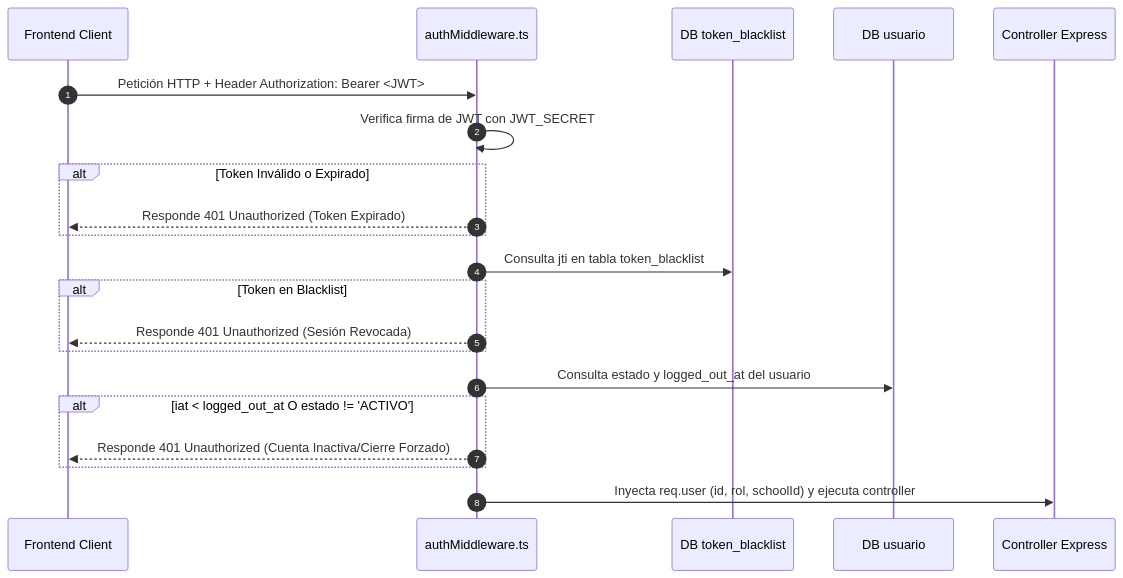
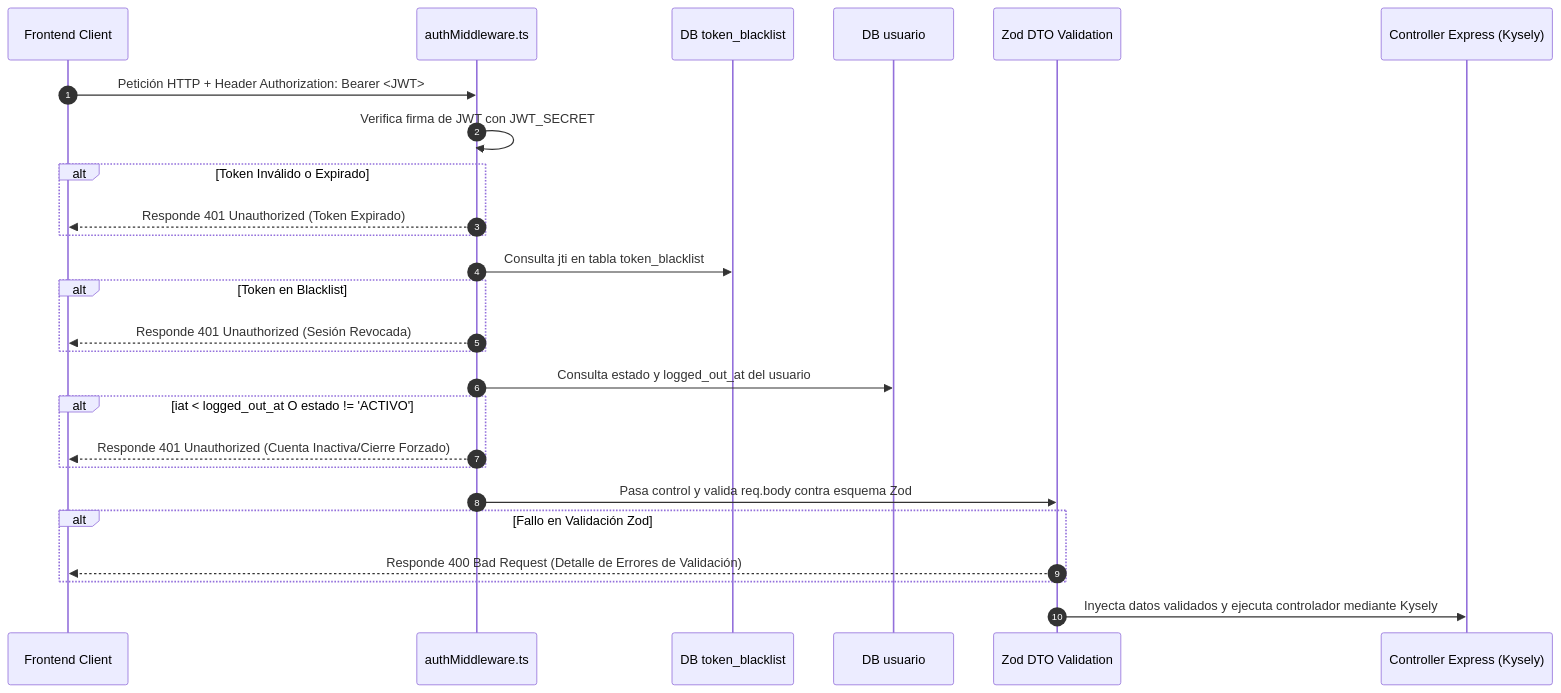
Before and after one commit to DanExl24/AcademiaNeiva: the second of 2 diagrams in guides/AcademiaNeiva_Documento_Tecnico.md, drawn with Mermaid. The commit also changed other lines of this file, not shown here.

Commit message:
docs: actualizar Documento Tecnico a v2.5.0 con Kysely, Zod, ADR-010/011 y arquitectura de 21 modulos

````diff
--- a/guides/AcademiaNeiva_Documento_Tecnico.md
+++ b/guides/AcademiaNeiva_Documento_Tecnico.md
@@ -273,28 +298,34 @@
 ```mermaid
 sequenceDiagram
     autonumber
     participant Cliente as Frontend Client
     participant Middleware as authMiddleware.ts
     participant Blacklist as DB token_blacklist
     participant UserDB as DB usuario
-    participant Controller as Controller Express
+    participant Zod as Zod DTO Validation
+    participant Controller as Controller Express (Kysely)
 
     Cliente->>Middleware: Petición HTTP + Header Authorization: Bearer <JWT>
     Middleware->>Middleware: Verifica firma de JWT con JWT_SECRET
     
     Alt Token Inválido o Expirado
         Middleware-->>Cliente: Responde 401 Unauthorized (Token Expirado)
     End
 
     Middleware->>Blacklist: Consulta jti en tabla token_blacklist
     Alt Token en Blacklist
         Middleware-->>Cliente: Responde 401 Unauthorized (Sesión Revocada)
     End
 
     Middleware->>UserDB: Consulta estado y logged_out_at del usuario
     Alt iat < logged_out_at O estado != 'ACTIVO'
         Middleware-->>Cliente: Responde 401 Unauthorized (Cuenta Inactiva/Cierre Forzado)
     End
 
-    Middleware->>Controller: Inyecta req.user (id, rol, schoolId) y ejecuta controller
+    Middleware->>Zod: Pasa control y valida req.body contra esquema Zod
+    Alt Fallo en Validación Zod
+        Zod-->>Cliente: Responde 400 Bad Request (Detalle de Errores de Validación)
+    End
+
+    Zod->>Controller: Inyecta datos validados y ejecuta controlador mediante Kysely
 ```
````
